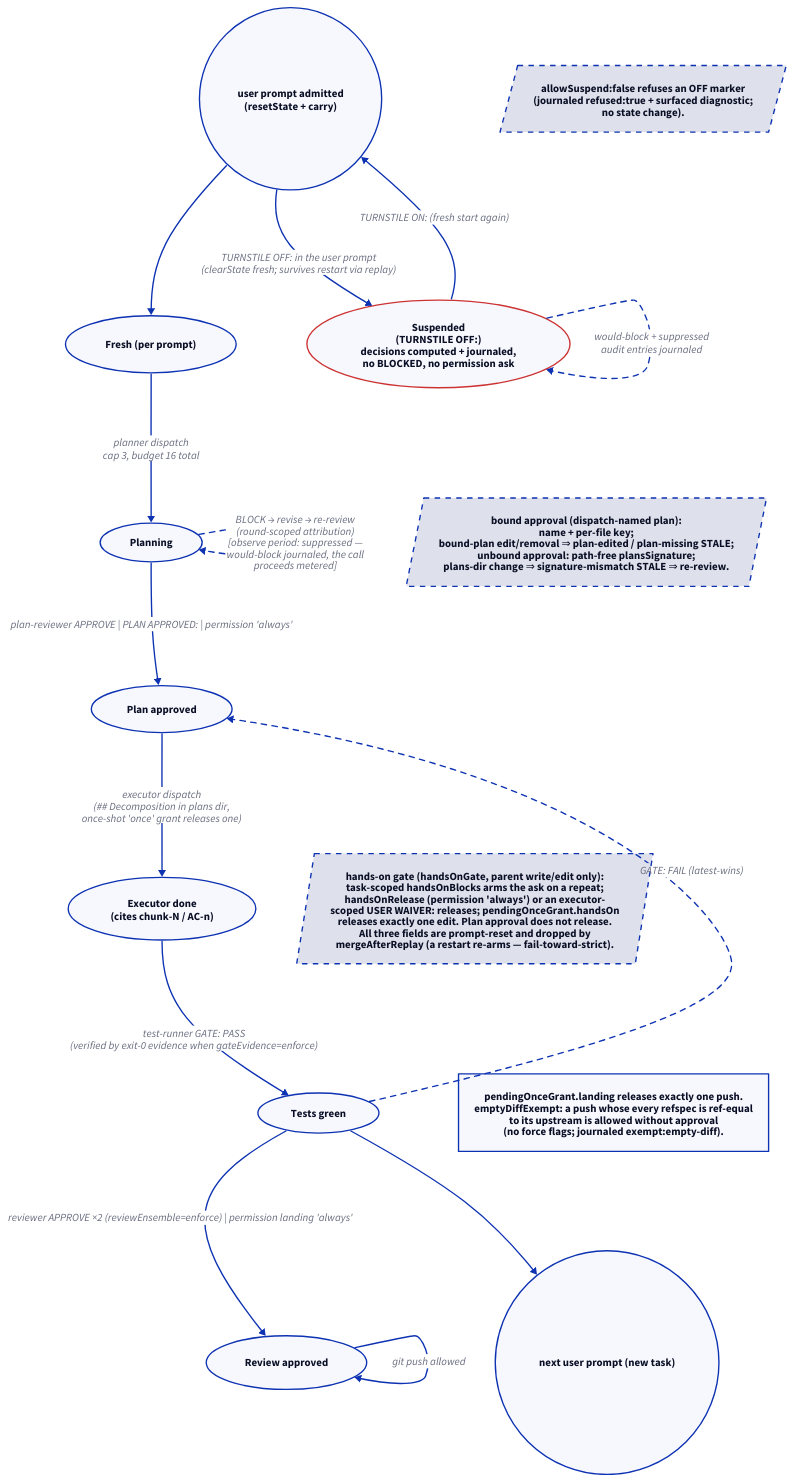
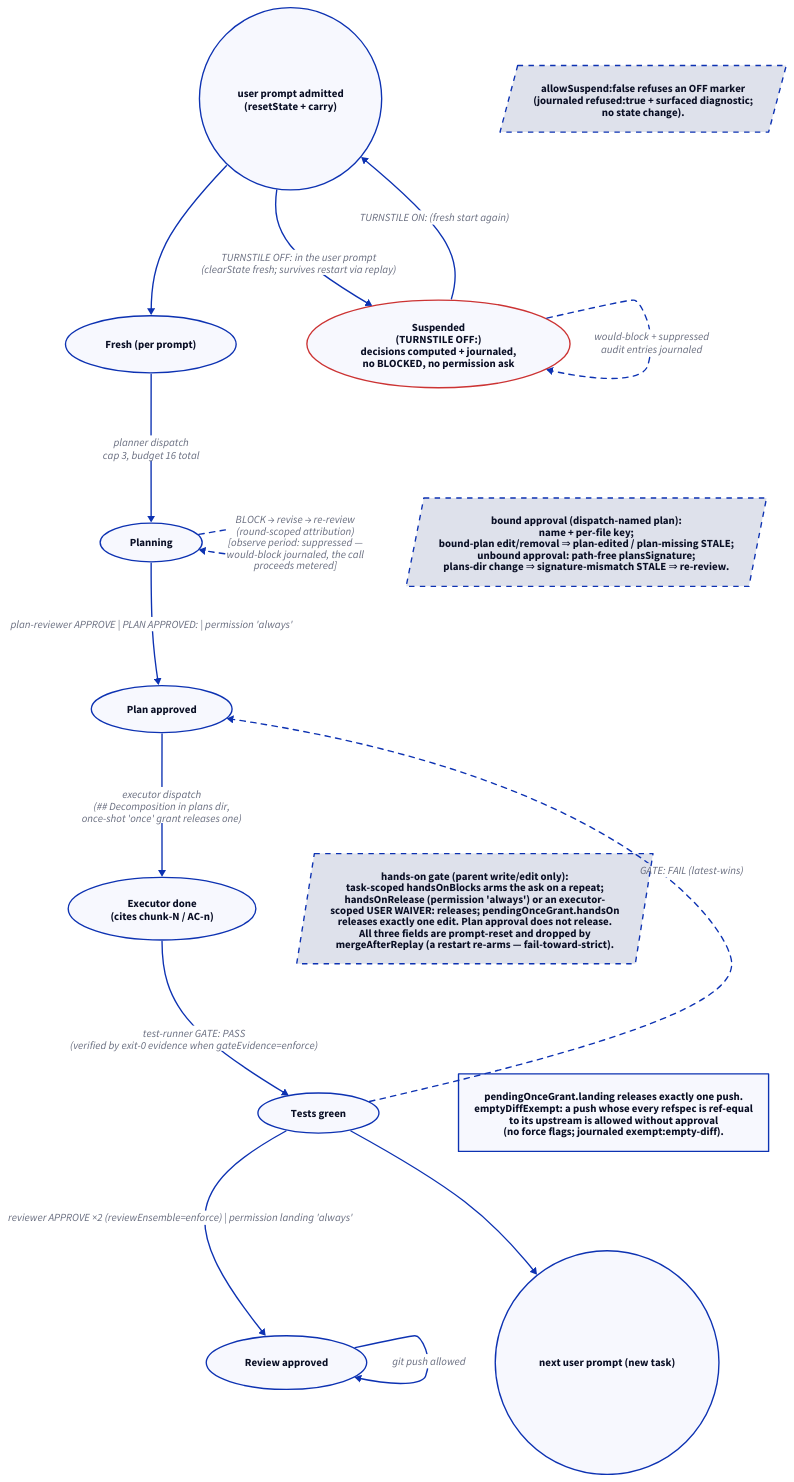
The diagram in docs/diagrams/d04-gate-state.d2 (edseabolt/turnstile), drawn with D2 before and after one commit. The commit also changed 17 other files, not shown here.

Commit message:
docs(tests)!: drop shadow surfaces from docs, schema, and tests

```diff
--- a/docs/diagrams/d04-gate-state.d2
+++ b/docs/diagrams/d04-gate-state.d2
@@ -1,78 +1,78 @@
 direction: down
 
 fresh: "Fresh (per prompt)" {
   shape: oval
 }
 planning: "Planning" {
   shape: oval
 }
 planok: "Plan approved" {
   shape: oval
 }
 executor: "Executor done\n(cites chunk-N / AC-n)" {
   shape: oval
 }
 green: "Tests green" {
   shape: oval
 }
 reviewed: "Review approved" {
   shape: oval
 }
 end: "next user prompt (new task)" {
   shape: circle
 }
 
 start: "user prompt admitted\n(resetState + carry)" {
   shape: circle
 }
 
 start -> fresh
 fresh -> planning: "planner dispatch\ncap 3, budget 16 total"
 planning -> planok: "plan-reviewer APPROVE | PLAN APPROVED: | permission 'always'"
 planning -> planning: "BLOCK → revise → re-review\n(round-scoped attribution)\n[observe period: suppressed —\nwould-block journaled, the call\nproceeds metered]" {
   style.stroke-dash: 4
 }
 planok -> executor: "executor dispatch\n(## Decomposition in plans dir,\nonce-shot 'once' grant releases one)"
 executor -> green: "test-runner GATE: PASS\n(verified by exit-0 evidence when gateEvidence=enforce)"
 green -> planok: "GATE: FAIL (latest-wins)" {
   style.stroke-dash: 4
 }
 green -> reviewed: "reviewer APPROVE ×2 (reviewEnsemble=enforce) | permission landing 'always'"
 reviewed -> reviewed: "git push allowed"
 green -> end
 
 suspend: "Suspended\n(TURNSTILE OFF:)\ndecisions computed + journaled,\nno BLOCKED, no permission ask" {
   shape: oval
   style.stroke: "#c33"
 }
 suspend -> suspend: "would-block + suppressed\naudit entries journaled" {
   style.stroke-dash: 4
 }
 start -> suspend: "TURNSTILE OFF: in the user prompt\n(clearState fresh; survives restart via replay)"
 suspend -> start: "TURNSTILE ON: (fresh start again)"
 refused-note: "allowSuspend:false refuses an OFF marker\n(journaled refused:true + surfaced diagnostic;\nno state change)." {
   style.stroke-dash: 4
   shape: parallelogram
 }
 refused-note -> suspend: "" {
   style.opacity: 0
 }
 
 planok-note: "bound approval (dispatch-named plan):\nname + per-file key;\nbound-plan edit/removal ⇒ plan-edited / plan-missing STALE;\nunbound approval: path-free plansSignature;\nplans-dir change ⇒ signature-mismatch STALE ⇒ re-review." {
   style.stroke-dash: 4
   shape: parallelogram
 }
 reviewed-note: "pendingOnceGrant.landing releases exactly one push.\nemptyDiffExempt: a push whose every refspec is ref-equal\nto its upstream is allowed without approval\n(no force flags; journaled exempt:empty-diff)."
-handson-note: "hands-on gate (handsOnGate, parent write/edit only):\ntask-scoped handsOnBlocks arms the ask on a repeat;\nhandsOnRelease (permission 'always') or an executor-\nscoped USER WAIVER: releases; pendingOnceGrant.handsOn\nreleases exactly one edit. Plan approval does not release.\nAll three fields are prompt-reset and dropped by\nmergeAfterReplay (a restart re-arms — fail-toward-strict)." {
+handson-note: "hands-on gate (parent write/edit only):\ntask-scoped handsOnBlocks arms the ask on a repeat;\nhandsOnRelease (permission 'always') or an executor-\nscoped USER WAIVER: releases; pendingOnceGrant.handsOn\nreleases exactly one edit. Plan approval does not release.\nAll three fields are prompt-reset and dropped by\nmergeAfterReplay (a restart re-arms — fail-toward-strict)." {
   style.stroke-dash: 4
   shape: parallelogram
 }
 planok-note -> planok: "" {
   style.opacity: 0
 }
 reviewed-note -> reviewed: "" {
   style.opacity: 0
 }
 handson-note -> green: "" {
   style.opacity: 0
 }
```
